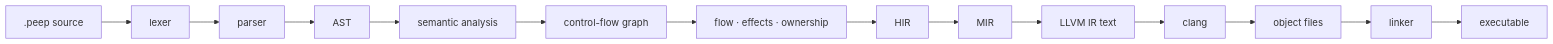
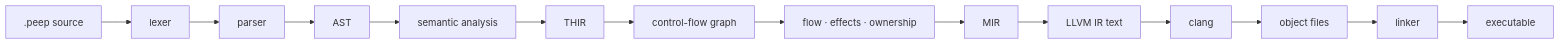
Before and after one commit to PeeperLanguage/compiler: the first of 8 diagrams in Code-tour.md, drawn with Mermaid. The commit also changed other lines of this file and 54 other files, not shown here.

Commit message:
Complete direct THIR to MIR migration

````diff
--- a/Code-tour.md
+++ b/Code-tour.md
@@ -16,16 +16,16 @@
 ```mermaid
 flowchart LR
     SRC[".peep source"] --> LEX[lexer]
     LEX --> PAR[parser]
     PAR --> AST[AST]
     AST --> SEM[semantic analysis]
-    SEM --> CFG[control-flow graph]
+    SEM --> THIR[THIR]
+    THIR --> CFG[control-flow graph]
     CFG --> ANA[flow · effects · ownership]
-    ANA --> HIR[HIR]
-    HIR --> MIR[MIR]
+    ANA --> MIR[MIR]
     MIR --> LL["LLVM IR text"]
     LL --> CLANG["clang"]
     CLANG --> OBJ["object files"]
     OBJ --> LINK["linker"]
     LINK --> EXE["executable"]
 ```
````
